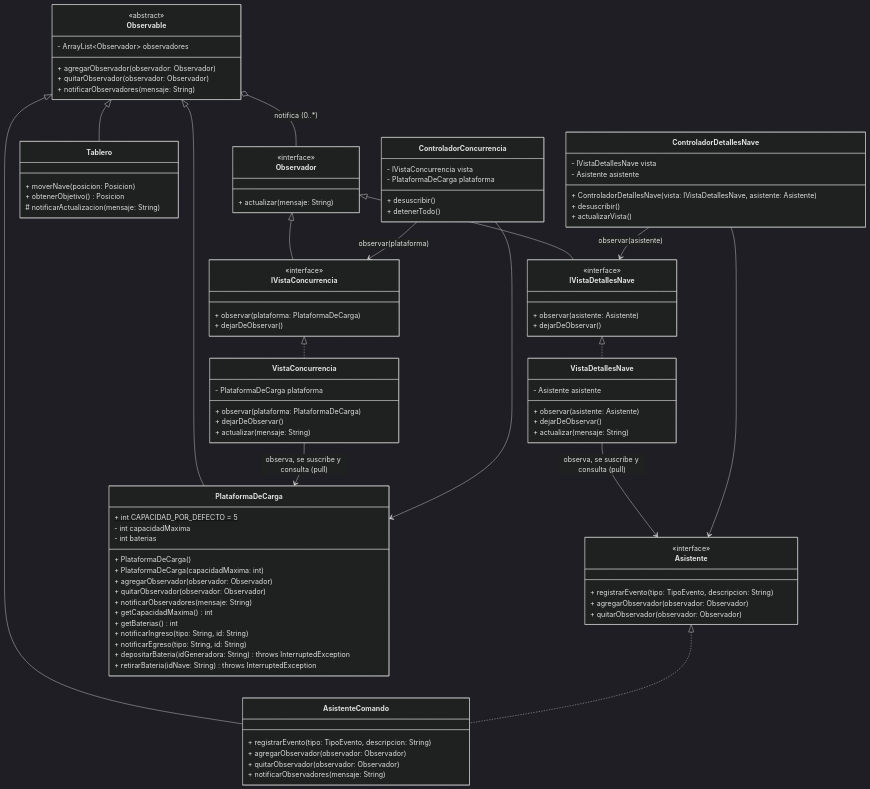
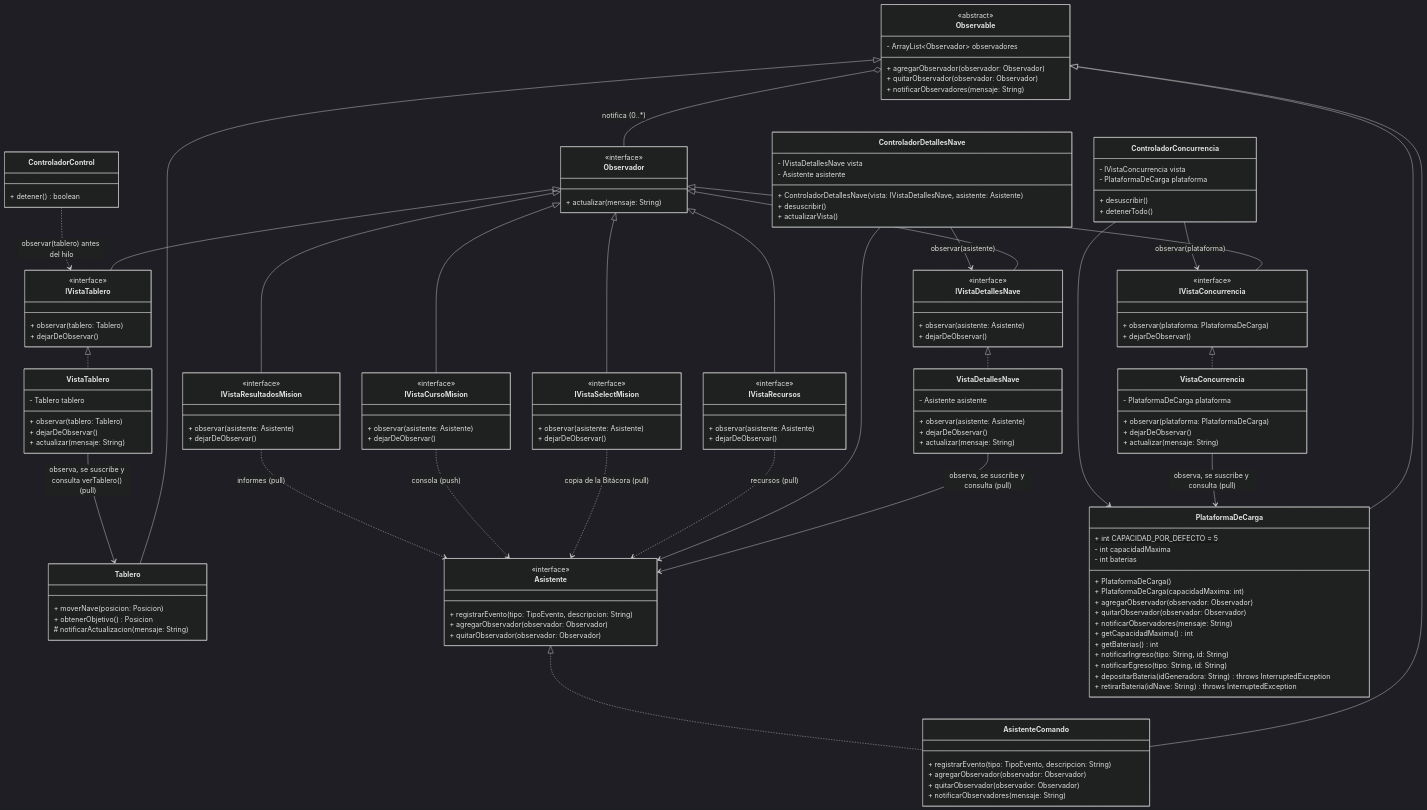
One commit to josesarregui/tpg-programacion-c-nave changed the tenth of 13 diagrams in docs/diagrama_clases.md. Above: the diagram before and after it, drawn with Mermaid (dark theme). The commit also changed other lines of this file and 55 other files, not shown here.

````diff
--- a/docs/diagrama_clases.md
+++ b/docs/diagrama_clases.md
@@ -1263,6 +1265,40 @@
         + desuscribir()
         + detenerTodo()
     }
+    class IVistaRecursos {
+        <<interface>>
+        + observar(asistente: Asistente)
+        + dejarDeObservar()
+    }
+    class IVistaSelectMision {
+        <<interface>>
+        + observar(asistente: Asistente)
+        + dejarDeObservar()
+    }
+    class IVistaCursoMision {
+        <<interface>>
+        + observar(asistente: Asistente)
+        + dejarDeObservar()
+    }
+    class IVistaResultadosMision {
+        <<interface>>
+        + observar(asistente: Asistente)
+        + dejarDeObservar()
+    }
+    class IVistaTablero {
+        <<interface>>
+        + observar(tablero: Tablero)
+        + dejarDeObservar()
+    }
+    class VistaTablero {
+        - Tablero tablero
+        + observar(tablero: Tablero)
+        + dejarDeObservar()
+        + actualizar(mensaje: String)
+    }
+    class ControladorControl {
+        + detener() boolean
+    }
 
     Observable <|-- Tablero
     Observable <|-- AsistenteComando
@@ -1279,4 +1315,16 @@
     ControladorDetallesNave --> Asistente
     ControladorConcurrencia --> IVistaConcurrencia : observar(plataforma)
     ControladorConcurrencia --> PlataformaDeCarga
+    Observador <|-- IVistaRecursos
+    Observador <|-- IVistaSelectMision
+    Observador <|-- IVistaCursoMision
+    Observador <|-- IVistaResultadosMision
+    Observador <|-- IVistaTablero
+    IVistaTablero <|.. VistaTablero
+    VistaTablero --> Tablero : observa, se suscribe y consulta verTablero() (pull)
+    IVistaRecursos ..> Asistente : recursos (pull)
+    IVistaSelectMision ..> Asistente : copia de la Bitácora (pull)
+    IVistaCursoMision ..> Asistente : consola (push)
+    IVistaResultadosMision ..> Asistente : informes (pull)
+    ControladorControl ..> IVistaTablero : observar(tablero) antes del hilo
 ```
````
